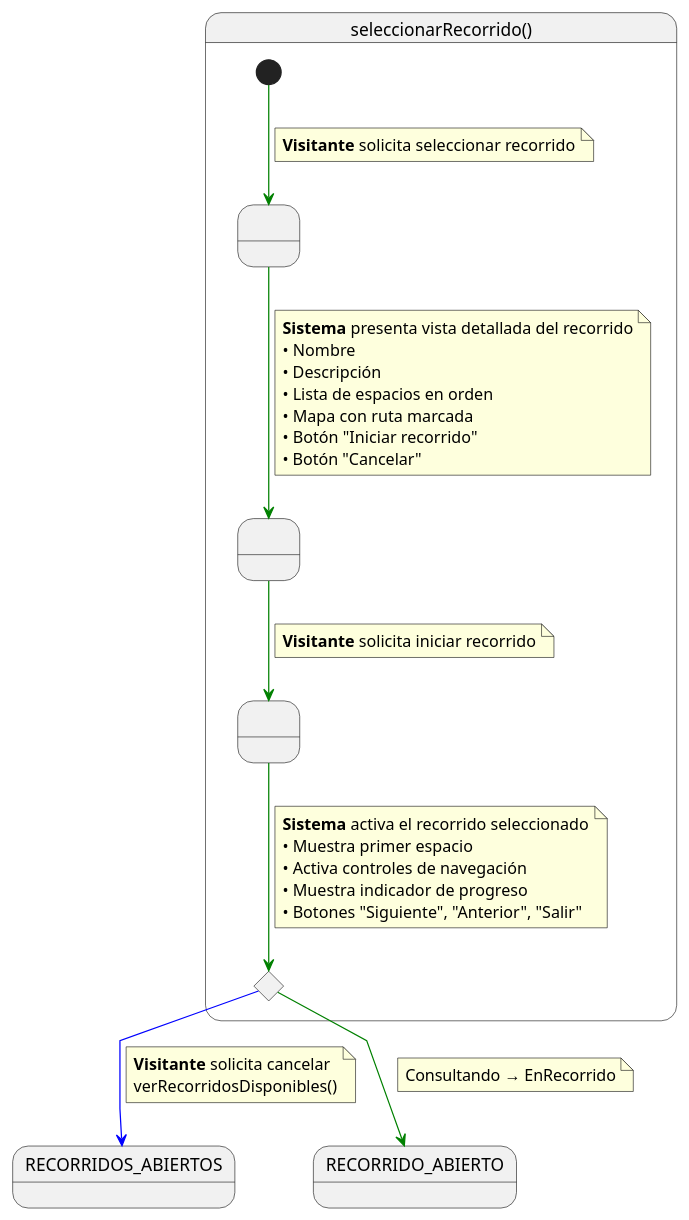
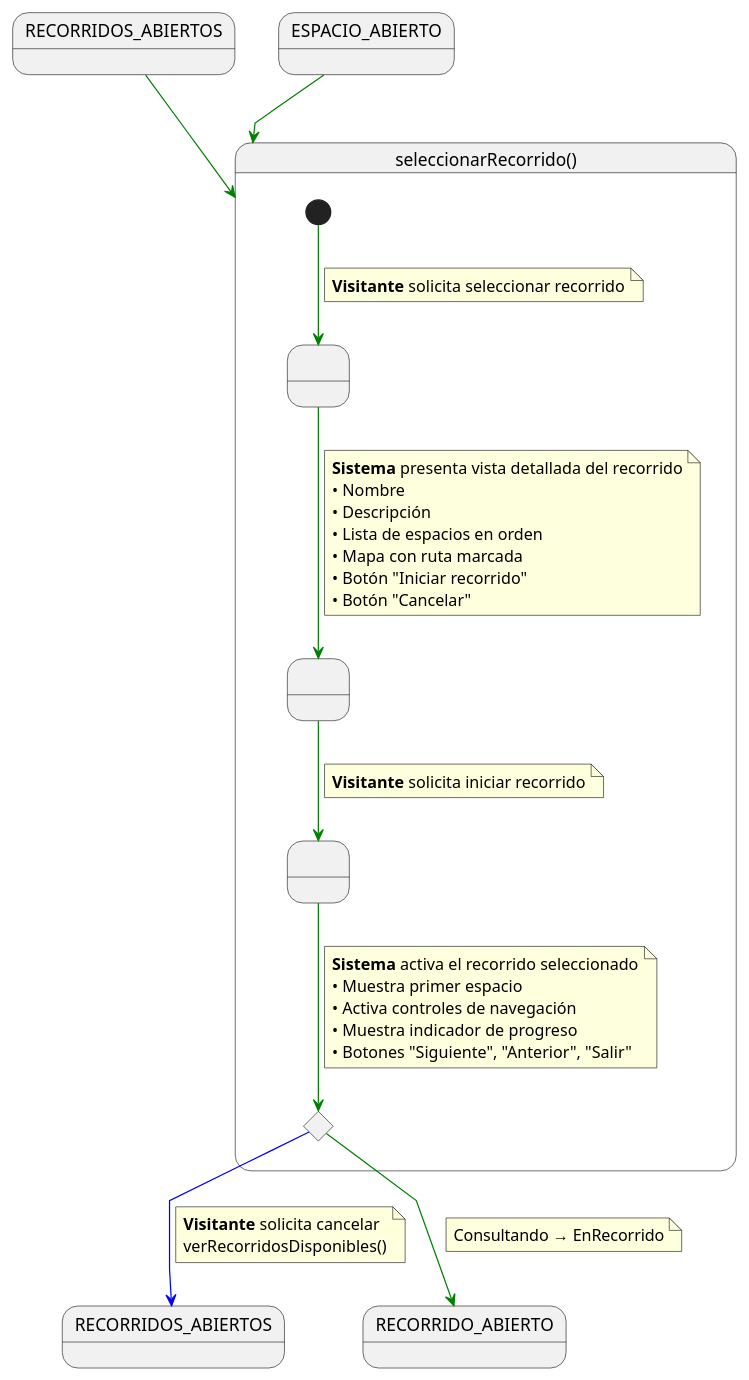
The diagram in documentos/01-casoDeUso/3-DetallarCasosDeUso/1-Visitante/seleccionarRecorrido/seleccionarRecorrido.puml (Camila-Lesly/25-26-idsw1-sdr), drawn with PlantUML before and after one commit. The commit also changed 22 other files, not shown here.

```diff
--- a/documentos/01-casoDeUso/3-DetallarCasosDeUso/1-Visitante/seleccionarRecorrido/seleccionarRecorrido.puml
+++ b/documentos/01-casoDeUso/3-DetallarCasosDeUso/1-Visitante/seleccionarRecorrido/seleccionarRecorrido.puml
@@ -1,53 +1,58 @@
 @startuml
 skinparam linetype polyline
+
+state in1 as "RECORRIDOS_ABIERTOS"
+in1 -[#green]-> seleccionarRecorrido
+state in2 as "ESPACIO_ABIERTO"
+in2 -[#green]-> seleccionarRecorrido
 
 state seleccionarRecorrido as "seleccionarRecorrido()" {
 
     state " " as ViendoDetalles
     state " " as ConfirmandoInicio
     state " " as IniciandoRecorrido
     state c <<choice>>
 
     [*] -[#green]-> ViendoDetalles 
     note on link
     <b>Visitante</b> solicita seleccionar recorrido
     end note    
     
     ViendoDetalles -[#green]-> ConfirmandoInicio
     note on link
     <b>Sistema</b> presenta vista detallada del recorrido
     • Nombre
     • Descripción
     • Lista de espacios en orden
     • Mapa con ruta marcada
     • Botón "Iniciar recorrido"
     • Botón "Cancelar"
     end note
     
     ConfirmandoInicio -[#green]-> IniciandoRecorrido
     note on link
     <b>Visitante</b> solicita iniciar recorrido
     end note
     
     IniciandoRecorrido -[#green]-> c
     note on link
     <b>Sistema</b> activa el recorrido seleccionado
     • Muestra primer espacio
     • Activa controles de navegación
     • Muestra indicador de progreso
     • Botones "Siguiente", "Anterior", "Salir"
     end note
 
 }
 
     c -[#blue]-> RECORRIDOS_ABIERTOS
     note on link
     <b>Visitante</b> solicita cancelar
     verRecorridosDisponibles()
     end note
     
     c -[#green]-> RECORRIDO_ABIERTO
     note on link
     Consultando → EnRecorrido
     end note
 @enduml
```
